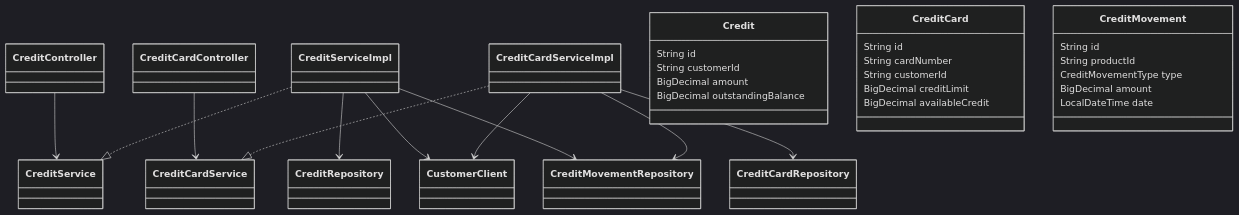
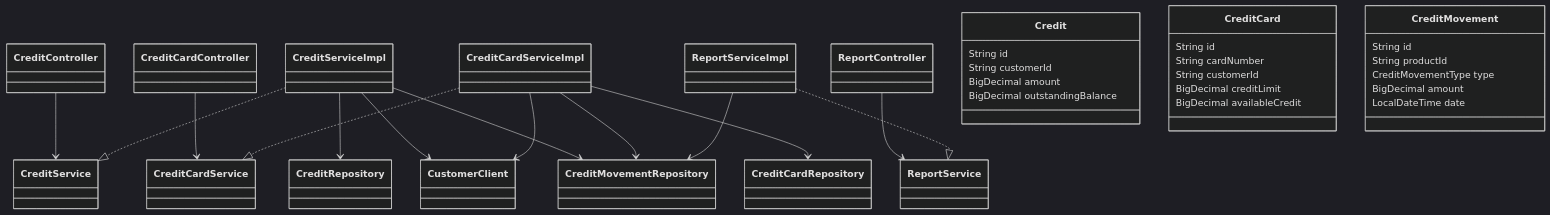
The first of 4 diagrams in docs/diagrams.md (msalinas-se/credit-service), drawn with Mermaid (dark theme) before and after one commit. The commit also changed other lines of this file and 19 other files, not shown here.

````diff
--- a/docs/diagrams.md
+++ b/docs/diagrams.md
@@ -5,33 +5,36 @@
 ```mermaid
 classDiagram
   CreditController --> CreditService
   CreditCardController --> CreditCardService
   CreditServiceImpl ..|> CreditService
   CreditCardServiceImpl ..|> CreditCardService
   CreditServiceImpl --> CreditRepository
   CreditServiceImpl --> CustomerClient
   CreditCardServiceImpl --> CreditCardRepository
   CreditCardServiceImpl --> CustomerClient
   CreditServiceImpl --> CreditMovementRepository
   CreditCardServiceImpl --> CreditMovementRepository
+  ReportController --> ReportService
+  ReportServiceImpl ..|> ReportService
+  ReportServiceImpl --> CreditMovementRepository
   class Credit {
     String id
     String customerId
     BigDecimal amount
     BigDecimal outstandingBalance
   }
   class CreditCard {
     String id
     String cardNumber
     String customerId
     BigDecimal creditLimit
     BigDecimal availableCredit
   }
   class CreditMovement {
     String id
     String productId
     CreditMovementType type
     BigDecimal amount
     LocalDateTime date
   }
 ```
````
